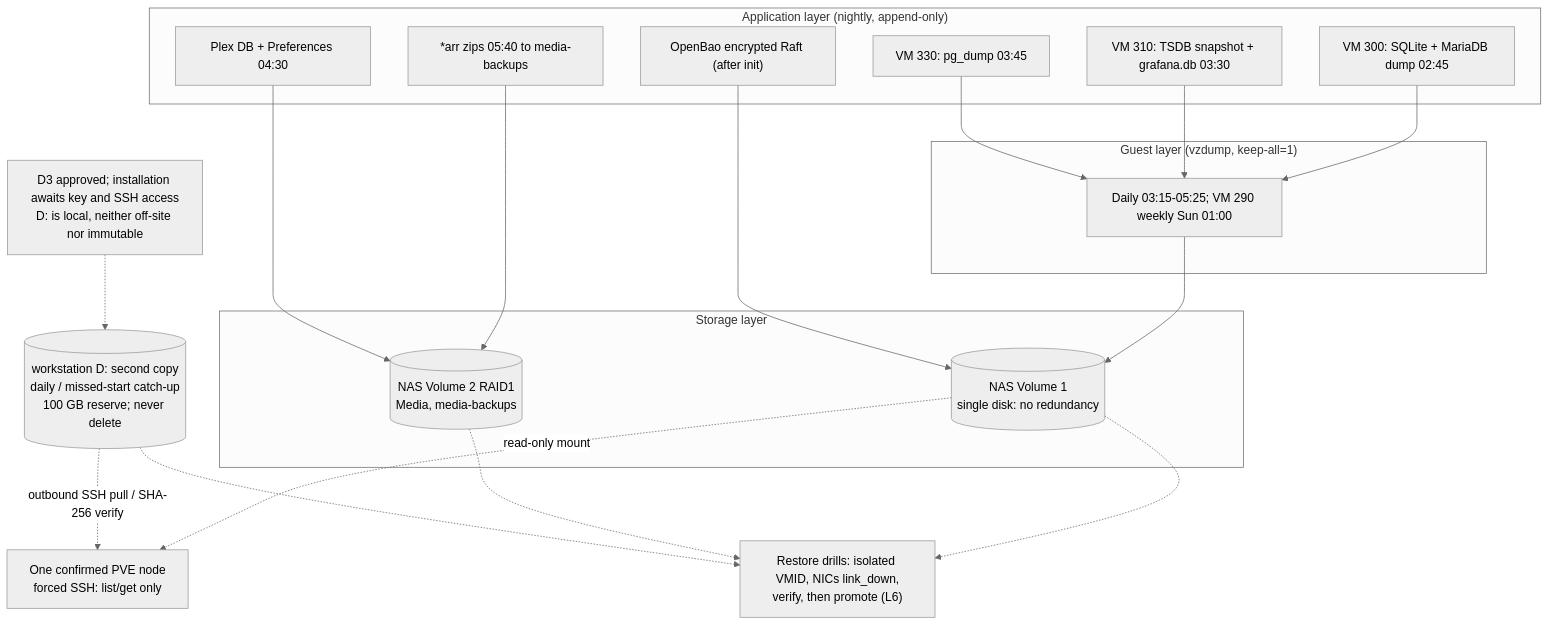
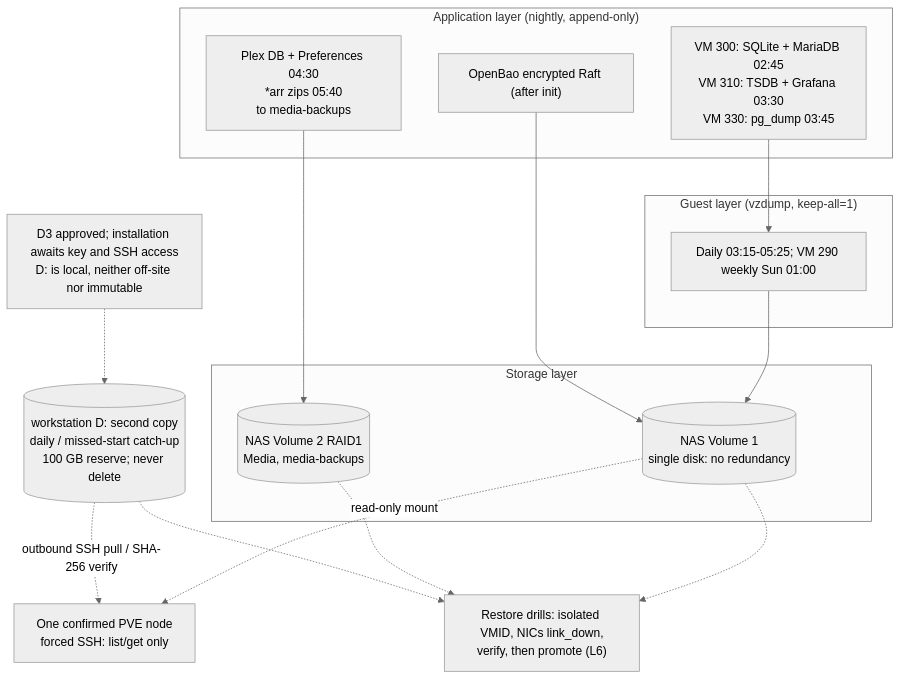
The diagram in docs/walkthrough/diagrams/14-backup-restore.mmd (alexlux58/HomeLab-Public), drawn with Mermaid (neutral theme) before and after one commit. The commit also changed 16 other files, not shown here.

Commit message:
docs: refresh verified push policy and readable backup flow

```diff
--- a/docs/walkthrough/diagrams/14-backup-restore.mmd
+++ b/docs/walkthrough/diagrams/14-backup-restore.mmd
@@ -1,27 +1,24 @@
 flowchart TB
   subgraph app["Application layer (nightly, append-only)"]
-    a300["VM 300: SQLite + MariaDB dump 02:45"]
-    a310["VM 310: TSDB snapshot + grafana.db 03:30"]
-    a330["VM 330: pg_dump 03:45"]
-    aarr["*arr zips 05:40 to media-backups"]
-    aplex["Plex DB + Preferences 04:30"]
+    apps["VM 300: SQLite + MariaDB 02:45<br/>VM 310: TSDB + Grafana 03:30<br/>VM 330: pg_dump 03:45"]
+    media["Plex DB + Preferences 04:30<br/>*arr zips 05:40<br/>to media-backups"]
     abao["OpenBao encrypted Raft (after init)"]
   end
   subgraph vm["Guest layer (vzdump, keep-all=1)"]
     vz["Daily 03:15-05:25; VM 290 weekly Sun 01:00"]
   end
   subgraph store["Storage layer"]
     v1[("NAS Volume 1<br/>single disk: no redundancy")]
     v2[("NAS Volume 2 RAID1<br/>Media, media-backups")]
   end
-  a300 & a310 & a330 --> vz --> v1
-  aarr & aplex --> v2
+  apps --> vz --> v1
+  media --> v2
   abao --> v1
   reader["One confirmed PVE node<br/>forced SSH: list/get only"]
   tower[("workstation D: second copy<br/>daily / missed-start catch-up<br/>100 GB reserve; never delete")]
   v1 -. read-only mount .-> reader
   tower -. outbound SSH pull / SHA-256 verify .-> reader
   Note["D3 approved; installation awaits key and SSH access<br/>D: is local, neither off-site nor immutable"]
   Note -.-> tower
   restore["Restore drills: isolated VMID, NICs link_down,<br/>verify, then promote (L6)"]
   v1 & v2 & tower -.-> restore
```
